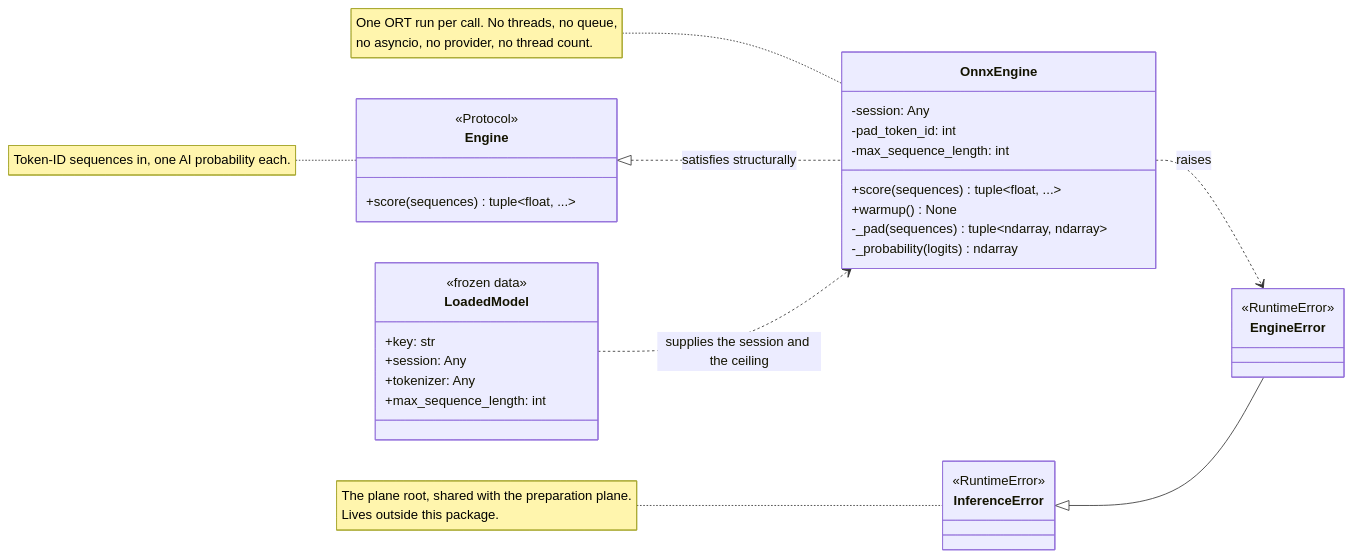
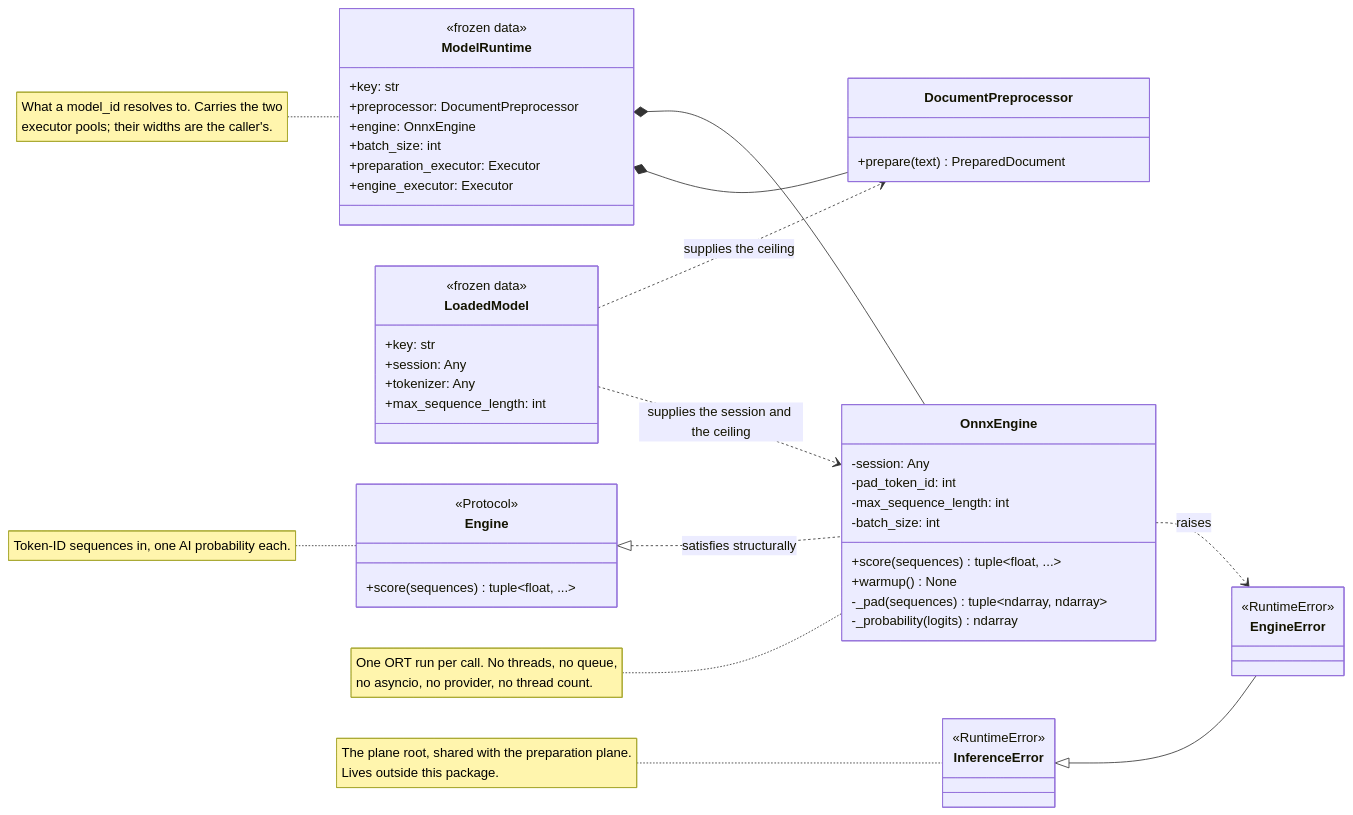
One commit to kunalPisolkar24/detectAI changed the first of 6 diagrams in services/inference/specifications/references/inference-engine.md. Above: the diagram before and after it, drawn with Mermaid. The commit also changed other lines of this file, not shown here.

First line of the commit message:
Revise the inference engine reference for GPU deployment

````diff
--- a/services/inference/specifications/references/inference-engine.md
+++ b/services/inference/specifications/references/inference-engine.md
@@ -244,44 +348,63 @@
 ```mermaid
 classDiagram
     direction LR
 
     class Engine {
         <<Protocol>>
         +score(sequences) tuple~float, ...~
     }
 
     class OnnxEngine {
         -session: Any
         -pad_token_id: int
         -max_sequence_length: int
+        -batch_size: int
         +score(sequences) tuple~float, ...~
         +warmup() None
         -_pad(sequences) tuple~ndarray, ndarray~
         -_probability(logits) ndarray
     }
 
     class EngineError {
         <<RuntimeError>>
     }
 
     class InferenceError {
         <<RuntimeError>>
     }
 
     class LoadedModel {
         <<frozen data>>
         +key: str
         +session: Any
         +tokenizer: Any
         +max_sequence_length: int
     }
 
+    class DocumentPreprocessor {
+        +prepare(text) PreparedDocument
+    }
+
+    class ModelRuntime {
+        <<frozen data>>
+        +key: str
+        +preprocessor: DocumentPreprocessor
+        +engine: OnnxEngine
+        +batch_size: int
+        +preparation_executor: Executor
+        +engine_executor: Executor
+    }
+
     Engine <|.. OnnxEngine : satisfies structurally
     OnnxEngine ..> EngineError : raises
     InferenceError <|-- EngineError
     LoadedModel ..> OnnxEngine : supplies the session and the ceiling
+    LoadedModel ..> DocumentPreprocessor : supplies the ceiling
+    ModelRuntime *-- DocumentPreprocessor
+    ModelRuntime *-- OnnxEngine
 
     note for Engine "Token-ID sequences in, one AI probability each."
     note for OnnxEngine "One ORT run per call. No threads, no queue,<br/>no asyncio, no provider, no thread count."
     note for InferenceError "The plane root, shared with the preparation plane.<br/>Lives outside this package."
+    note for ModelRuntime "What a model_id resolves to. Carries the two<br/>executor pools; their widths are the caller's."
 ```
````
